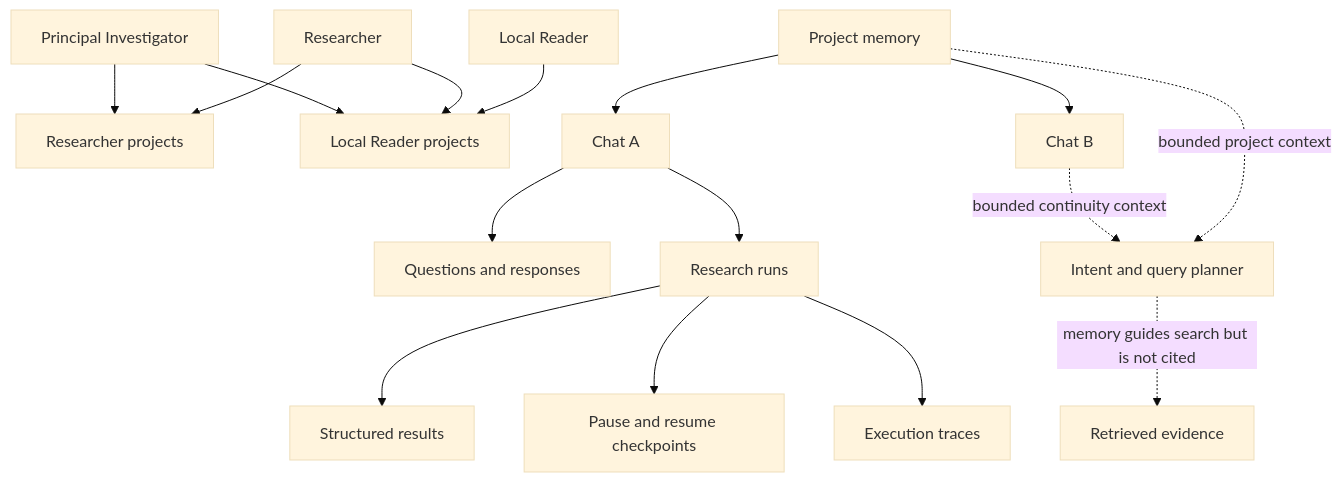
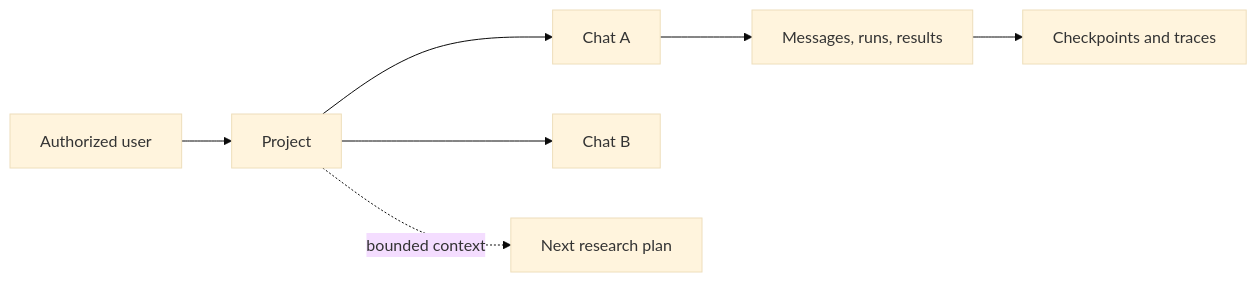
The third of 4 diagrams in README.md (WilsonLiu2002/Scientific-Research-Agent), drawn with Mermaid (base theme) before and after one commit. The commit also changed other lines of this file, not shown here.

Commit message:
docs: prioritize and simplify workflow diagrams

````diff
--- a/README.md
+++ b/README.md
@@ -84,19 +90,9 @@
 ```mermaid
-flowchart TB
-    PI[Principal Investigator] --> RP[Researcher projects]
-    PI --> LP[Local Reader projects]
-    RESEARCHER[Researcher] --> RP
-    RESEARCHER --> LP
-    LOCAL[Local Reader] --> LP
-
-    PROJECT[Project memory] --> CHAT1[Chat A]
+flowchart LR
+    USER[Authorized user] --> PROJECT[Project]
+    PROJECT --> CHAT1[Chat A]
     PROJECT --> CHAT2[Chat B]
-    CHAT1 --> MESSAGES[Questions and responses]
-    CHAT1 --> RUNS[Research runs]
-    RUNS --> RESULTS[Structured results]
-    RUNS --> CHECKPOINT[Pause and resume checkpoints]
-    RUNS --> TRACE[Execution traces]
-    CHAT2 -. bounded continuity context .-> PLANNER[Intent and query planner]
-    PROJECT -. bounded project context .-> PLANNER
-    PLANNER -. memory guides search but is not cited .-> EVIDENCE[Retrieved evidence]
+    CHAT1 --> RUNS[Messages, runs, results]
+    RUNS --> STATE[Checkpoints and traces]
+    PROJECT -. bounded context .-> PLAN[Next research plan]
 ```
````
